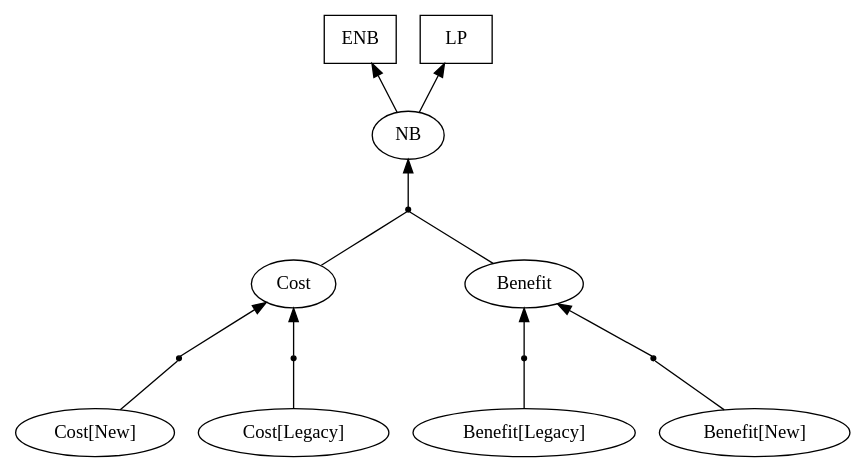
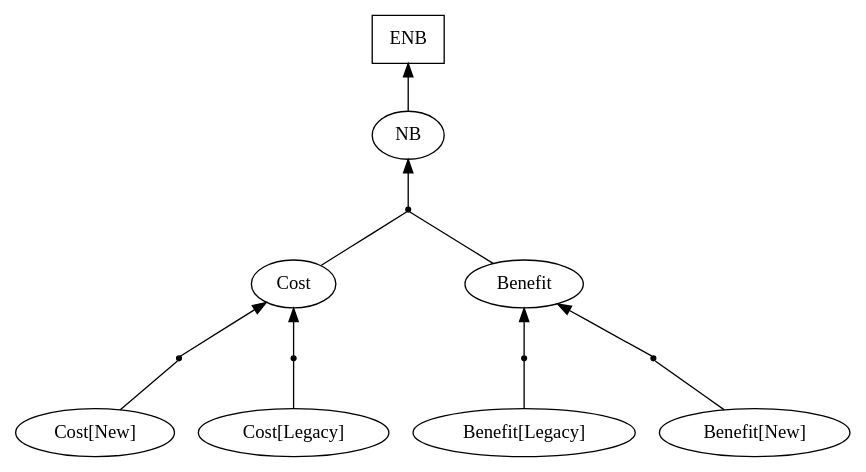
One commit to sbusari/RADAR2 changed the diagram in uk.ac.ucl.cs.results/CVB/graph/vgraph.dot. Above: the diagram before and after it, drawn with Graphviz. The commit also changed 51 other files, not shown here.

Commit message:
Updated the refinementGraphGenerator to allow modellers specify objectives for which they want to generate AND/OR graph for: Modeller specifies objective name just like the way they specify info value objective

```diff
--- a/uk.ac.ucl.cs.results/CVB/graph/vgraph.dot
+++ b/uk.ac.ucl.cs.results/CVB/graph/vgraph.dot
@@ -1,26 +1,24 @@
 digraph G { 
 rankdir = BT 
 AndRef0[shape = point] 
 AndRef0->"Benefit"
 "Benefit[New]"->AndRef0 [dir = none] 
 AndRef1[shape = point] 
 AndRef1->"Benefit"
 "Benefit[Legacy]"->AndRef1 [dir = none] 
 "Benefit" [shape = oval] 
 AndRef2[shape = point] 
 AndRef2->"Cost"
 "Cost[New]"->AndRef2 [dir = none] 
 AndRef3[shape = point] 
 AndRef3->"Cost"
 "Cost[Legacy]"->AndRef3 [dir = none] 
 "Cost" [shape = oval] 
 "NB" [shape = oval] 
 AndRef4[shape = point] 
 AndRef4->"NB"
 "Benefit"->AndRef4 [dir = none] 
 "Cost"->AndRef4 [dir = none] 
 ENB [shape = box] 
 NB->"ENB"
-LP [shape = box] 
-NB->"LP"
 }
```
